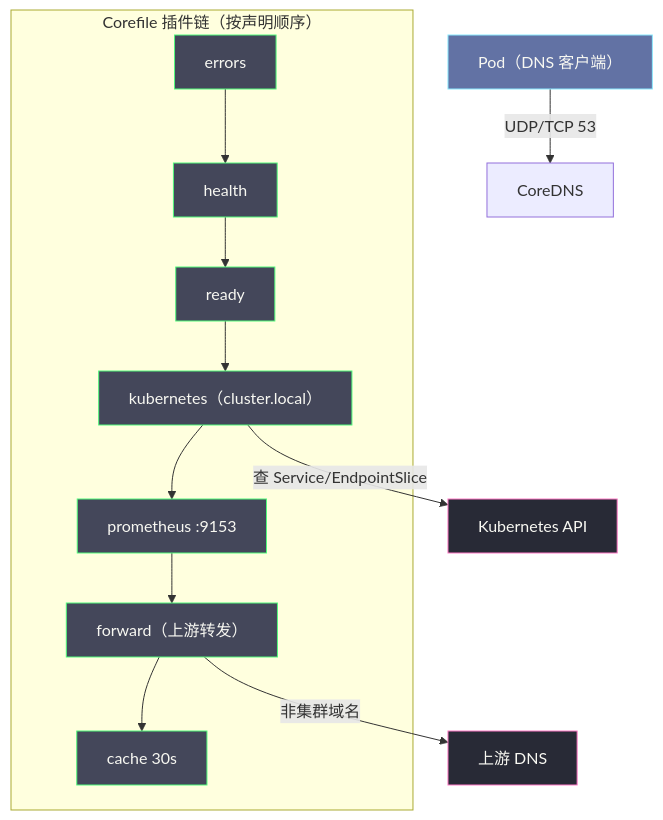
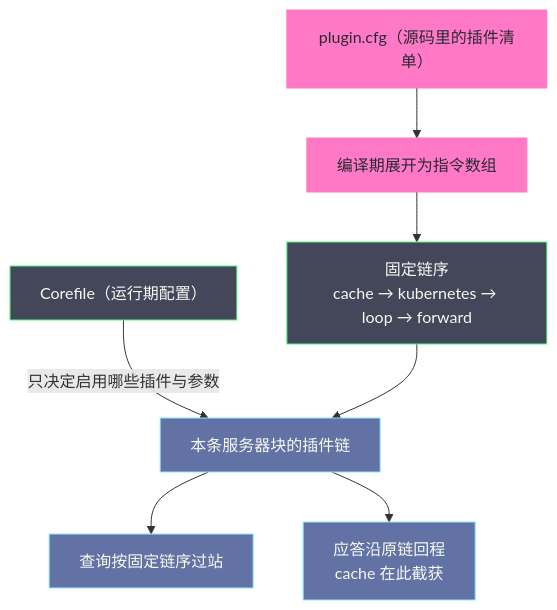
The third of 4 diagrams in content/云原生/Kubernetes/kubernetes网络原理与插件/07 NetworkPolicy与CoreDNS——网络安全策略与集群DNS.md (hpliStartAgain/my-brain), drawn with Mermaid before and after one commit. The commit also changed other lines of this file and 455 other files, not shown here.

````diff
--- a/content/云原生/Kubernetes/kubernetes网络原理与插件/07 NetworkPolicy与CoreDNS——网络安全策略与集群DNS.md
+++ b/content/云原生/Kubernetes/kubernetes网络原理与插件/07 NetworkPolicy与CoreDNS——网络安全策略与集群DNS.md
@@ -374,22 +429,18 @@
 ```mermaid
 %%{init: {'theme': 'dracula'}}%%
 graph TD
-    classDef pod fill:#6272a4,stroke:#8be9fd,color:#f8f8f2
-    classDef plugin fill:#44475a,stroke:#50fa7b,color:#f8f8f2
-    classDef ext fill:#282a36,stroke:#ff79c6,color:#f8f8f2
+    classDef compile fill:#ff79c6,stroke:#ff79c6,color:#282a36
+    classDef runtime fill:#44475a,stroke:#50fa7b,color:#f8f8f2
+    classDef chain fill:#6272a4,stroke:#8be9fd,color:#f8f8f2
 
-    Client["Pod（DNS 客户端）"] -->|"UDP/TCP 53"| Core["CoreDNS"]
-    subgraph "Corefile 插件链（按声明顺序）"
-        errors["errors"] --> health["health"] --> ready["ready"]
-        ready --> k8s["kubernetes（cluster.local）"]
-        k8s --> prom["prometheus :9153"]
-        prom --> fwd["forward（上游转发）"]
-        fwd --> cache["cache 30s"]
-    end
-    k8s -->|"查 Service/EndpointSlice"| API["Kubernetes API"]
-    fwd -->|"非集群域名"| Up["上游 DNS"]
+    CFG["plugin.cfg（源码里的插件清单）"] --> GEN["编译期展开为指令数组"]
+    GEN --> ORDER["固定链序<br/>cache → kubernetes → loop → forward"]
+    CORE["Corefile（运行期配置）"] -->|"只决定启用哪些插件与参数"| SERVER["本条服务器块的插件链"]
+    ORDER --> SERVER
+    SERVER --> QT["查询按固定链序过站"]
+    SERVER --> RT["应答沿原链回程<br/>cache 在此截获"]
 
-    class Client pod
-    class errors,health,ready,k8s,prom,fwd,cache plugin
-    class API,Up ext
+    class CFG,GEN compile
+    class CORE,ORDER runtime
+    class SERVER,QT,RT chain
 ```
````
